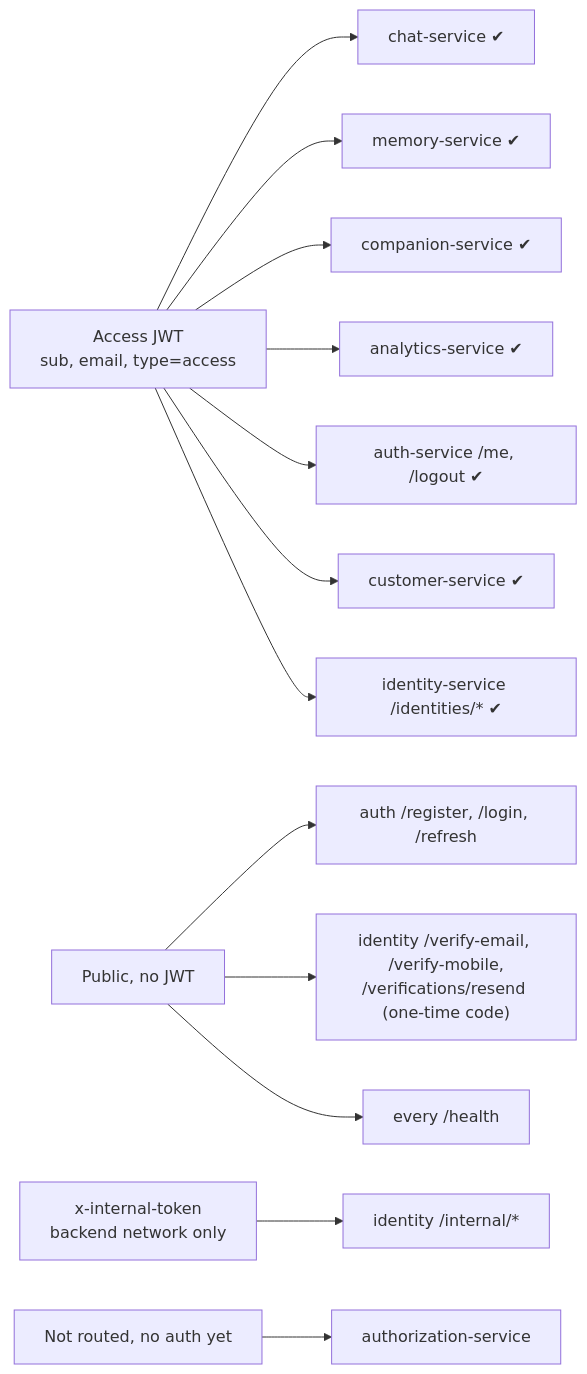
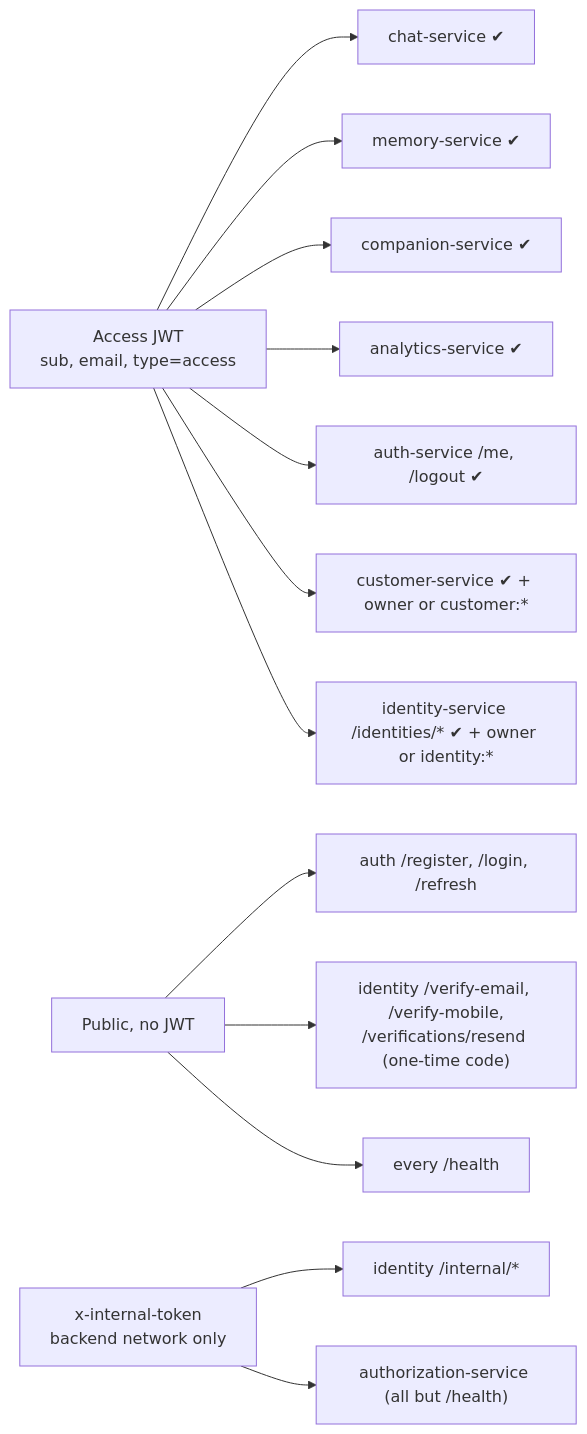
The fourth of 5 diagrams in services/README.md (master-node1/the-aura-lab), drawn with Mermaid before and after one commit. The commit also changed other lines of this file and 31 other files, not shown here.

````diff
--- a/services/README.md
+++ b/services/README.md
@@ -205,15 +210,15 @@
 ```mermaid
 flowchart LR
     T[Access JWT<br/>sub, email, type=access] --> CS[chat-service ✔]
     T --> MS[memory-service ✔]
     T --> CP[companion-service ✔]
     T --> AN[analytics-service ✔]
     T --> AU["auth-service /me, /logout ✔"]
-    T --> CU[customer-service ✔]
-    T --> ID["identity-service /identities/* ✔"]
+    T --> CU["customer-service ✔ + owner or customer:*"]
+    T --> ID["identity-service /identities/* ✔ + owner or identity:*"]
     P[Public, no JWT] --> PA["auth /register, /login, /refresh"]
     P --> PV["identity /verify-email, /verify-mobile,<br/>/verifications/resend (one-time code)"]
     P --> PH["every /health"]
     K[x-internal-token<br/>backend network only] --> IN["identity /internal/*"]
-    N[Not routed, no auth yet] --> AZ[authorization-service]
+    K --> AZ["authorization-service (all but /health)"]
 ```
````
